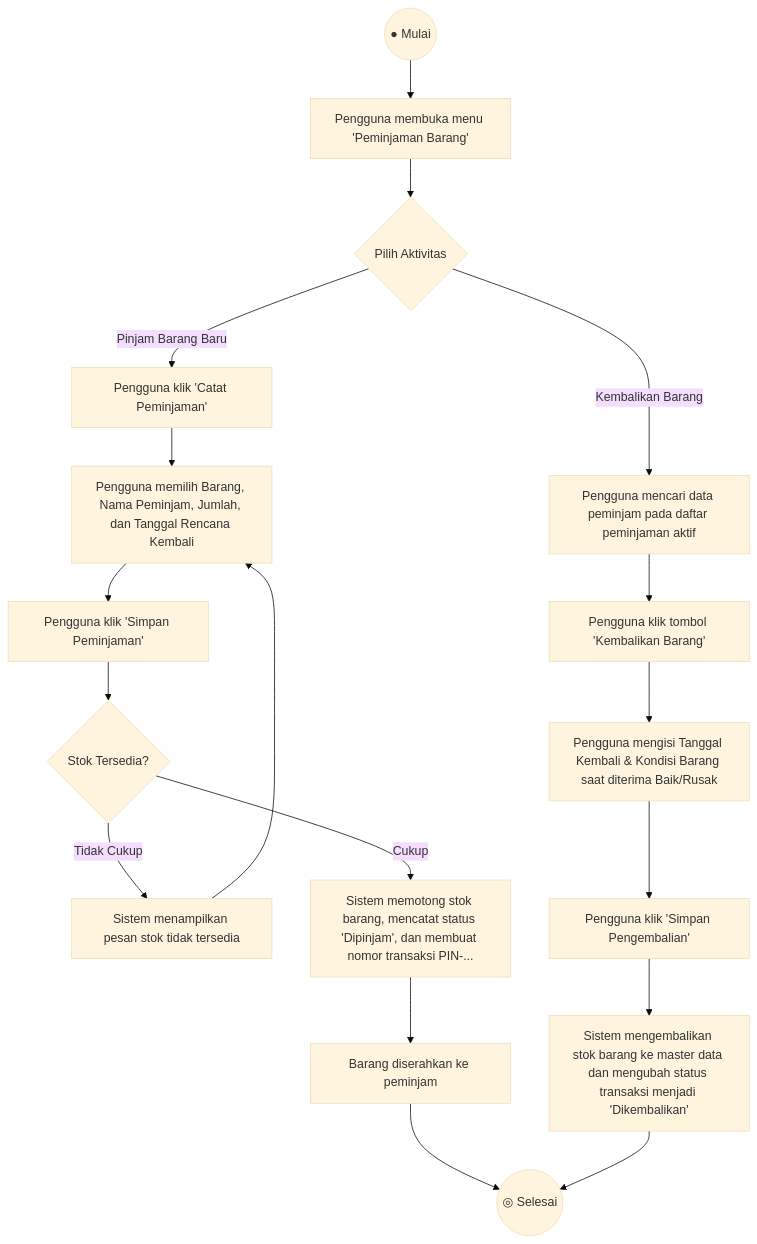
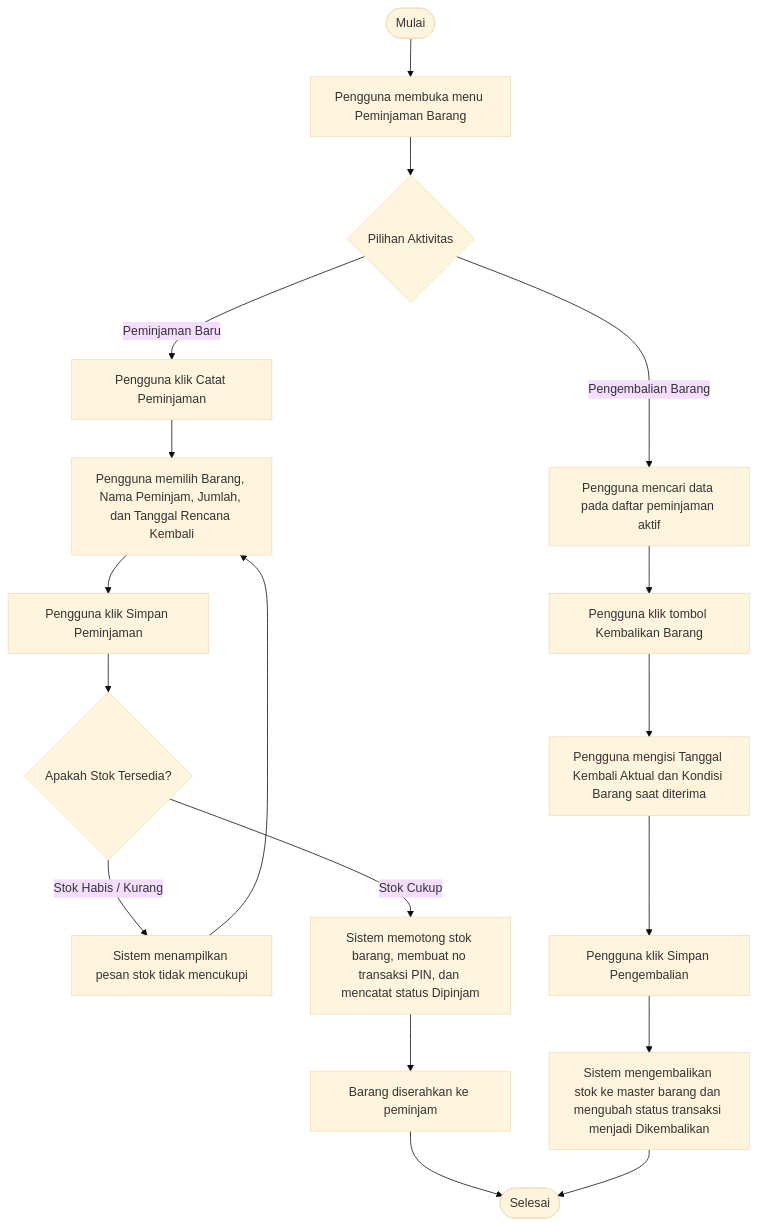
Before and after one commit to dimasdekka/inventory-manajement-yintong: the fifth of 11 diagrams in DOKUMENTASI_UML_LENGKAP.md, drawn with Mermaid (base theme). The commit also changed other lines of this file, not shown here.

Commit message:
docs: clean UML documentation without icons and add draw.io XML model

````diff
--- a/DOKUMENTASI_UML_LENGKAP.md
+++ b/DOKUMENTASI_UML_LENGKAP.md
@@ -168,25 +346,25 @@
 ```mermaid
 flowchart TD
-    Start((● Mulai)) --> D1[Pengguna membuka menu 'Peminjaman Barang']
-    D1 --> D2{Pilih Aktivitas}
+    Start([Mulai]) --> D1[Pengguna membuka menu Peminjaman Barang]
+    D1 --> D2{Pilihan Aktivitas}
     
-    %% Cabang Peminjaman
-    D2 -- "Pinjam Barang Baru" --> D3[Pengguna klik 'Catat Peminjaman']
+    %% Alur Pinjam
+    D2 -- Peminjaman Baru --> D3[Pengguna klik Catat Peminjaman]
     D3 --> D4[Pengguna memilih Barang, Nama Peminjam, Jumlah, dan Tanggal Rencana Kembali]
-    D4 --> D5[Pengguna klik 'Simpan Peminjaman']
-    D5 --> D6{Stok Tersedia?}
-    D6 -- "Tidak Cukup" --> D7[Sistem menampilkan pesan stok tidak tersedia]
+    D4 --> D5[Pengguna klik Simpan Peminjaman]
+    D5 --> D6{Apakah Stok Tersedia?}
+    D6 -- Stok Habis / Kurang --> D7[Sistem menampilkan pesan stok tidak mencukupi]
     D7 --> D4
-    D6 -- "Cukup" --> D8[Sistem memotong stok barang, mencatat status 'Dipinjam', dan membuat nomor transaksi PIN-...]
+    D6 -- Stok Cukup --> D8[Sistem memotong stok barang, membuat no transaksi PIN, dan mencatat status Dipinjam]
     D8 --> D9[Barang diserahkan ke peminjam]
 
-    %% Cabang Pengembalian
-    D2 -- "Kembalikan Barang" --> D10[Pengguna mencari data peminjam pada daftar peminjaman aktif]
-    D10 --> D11[Pengguna klik tombol 'Kembalikan Barang']
-    D11 --> D12[Pengguna mengisi Tanggal Kembali & Kondisi Barang saat diterima Baik/Rusak]
-    D12 --> D13[Pengguna klik 'Simpan Pengembalian']
-    D13 --> D14[Sistem mengembalikan stok barang ke master data dan mengubah status transaksi menjadi 'Dikembalikan']
+    %% Alur Kembali
+    D2 -- Pengembalian Barang --> D10[Pengguna mencari data pada daftar peminjaman aktif]
+    D10 --> D11[Pengguna klik tombol Kembalikan Barang]
+    D11 --> D12[Pengguna mengisi Tanggal Kembali Aktual dan Kondisi Barang saat diterima]
+    D12 --> D13[Pengguna klik Simpan Pengembalian]
+    D13 --> D14[Sistem mengembalikan stok ke master barang dan mengubah status transaksi menjadi Dikembalikan]
     
-    D9 --> End((◎ Selesai))
+    D9 --> End([Selesai])
     D14 --> End
 ```
````
